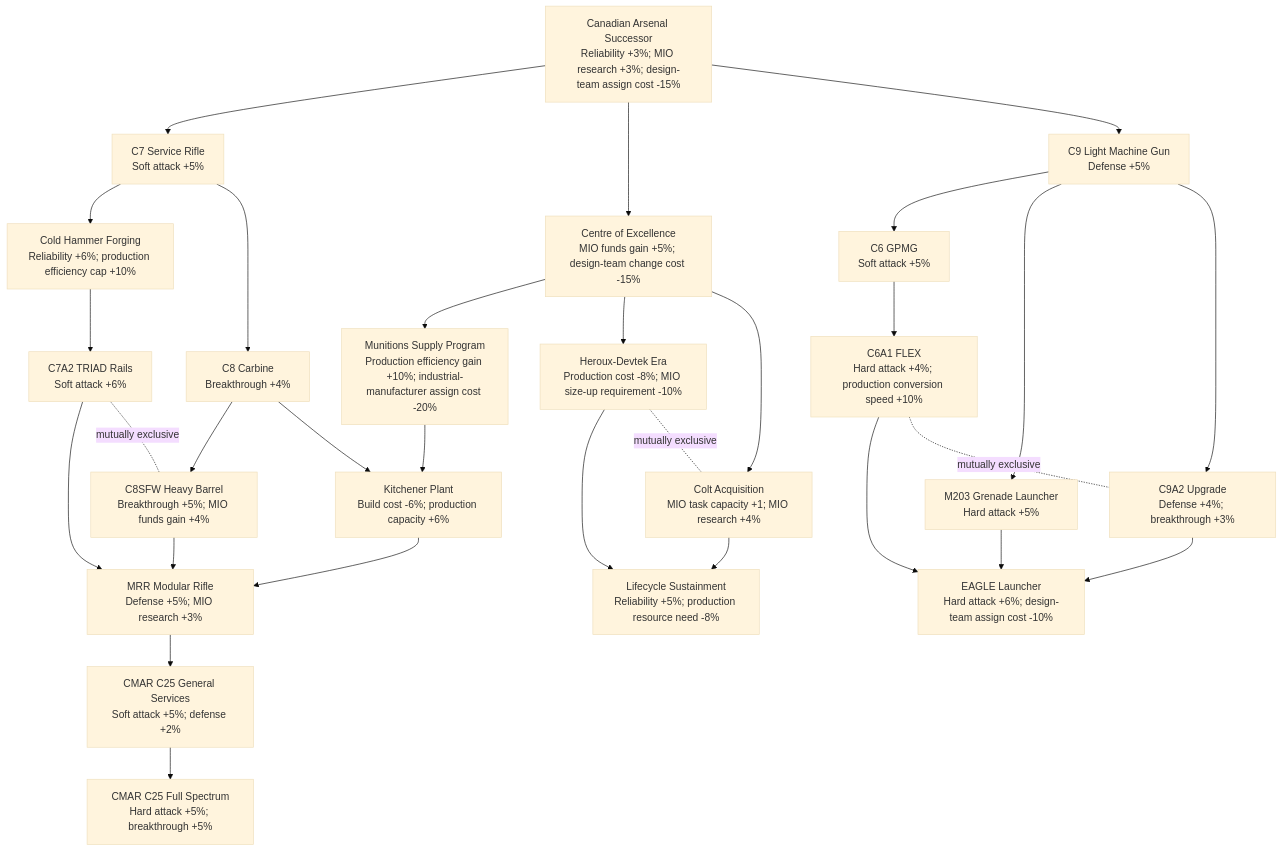
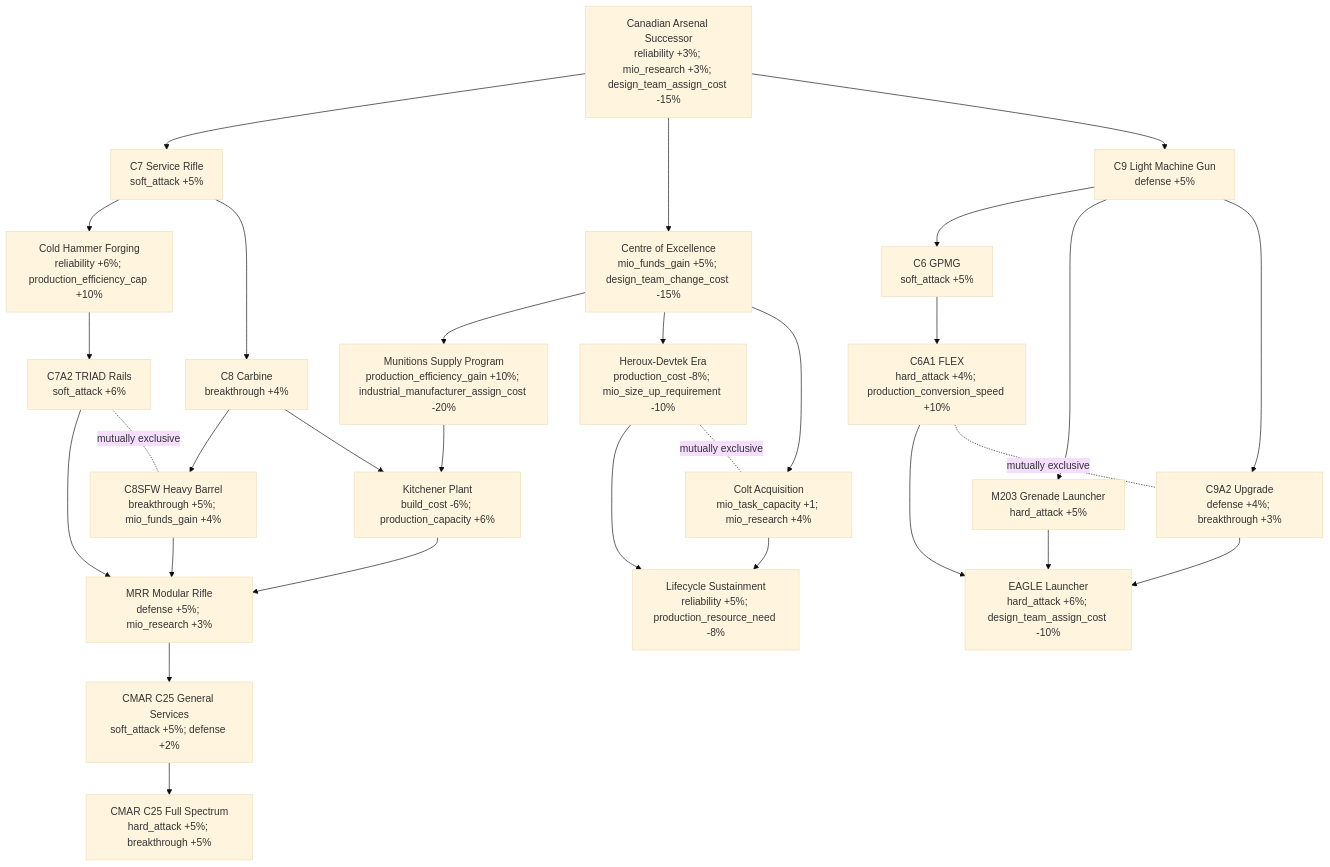
The first of 9 diagrams in docs/countries/canada/mio.md (MillenniumDawn/Millennium-Dawn), drawn with Mermaid (base theme) before and after one commit. The commit also changed other lines of this file, not shown here.

Commit message:
MIO cleanup

````diff
--- a/docs/countries/canada/mio.md
+++ b/docs/countries/canada/mio.md
@@ -15,58 +15,58 @@
 ```mermaid
 flowchart TD
-    T0["Canadian Arsenal Successor<br/>Reliability +3%; MIO research +3%; design-team assign cost -15%"]
-    T1["C7 Service Rifle<br/>Soft attack +5%"]
-    T2["Centre of Excellence<br/>MIO funds gain +5%; design-team change cost -15%"]
-    T3["C9 Light Machine Gun<br/>Defense +5%"]
-    T4["Cold Hammer Forging<br/>Reliability +6%; production efficiency cap +10%"]
-    T5["C8 Carbine<br/>Breakthrough +4%"]
-    T6["Munitions Supply Program<br/>Production efficiency gain +10%; industrial-manufacturer assign cost -20%"]
-    T7["C6 GPMG<br/>Soft attack +5%"]
-    T8["M203 Grenade Launcher<br/>Hard attack +5%"]
-    T9["C7A2 TRIAD Rails<br/>Soft attack +6%"]
-    T10["C8SFW Heavy Barrel<br/>Breakthrough +5%; MIO funds gain +4%"]
-    T11["Kitchener Plant<br/>Build cost -6%; production capacity +6%"]
-    T12["Heroux-Devtek Era<br/>Production cost -8%; MIO size-up requirement -10%"]
-    T13["Colt Acquisition<br/>MIO task capacity +1; MIO research +4%"]
-    T14["C6A1 FLEX<br/>Hard attack +4%; production conversion speed +10%"]
-    T15["C9A2 Upgrade<br/>Defense +4%; breakthrough +3%"]
-    T16["MRR Modular Rifle<br/>Defense +5%; MIO research +3%"]
-    T17["Lifecycle Sustainment<br/>Reliability +5%; production resource need -8%"]
-    T18["EAGLE Launcher<br/>Hard attack +6%; design-team assign cost -10%"]
-    T19["CMAR C25 General Services<br/>Soft attack +5%; defense +2%"]
-    T20["CMAR C25 Full Spectrum<br/>Hard attack +5%; breakthrough +5%"]
+    T0["Canadian Arsenal Successor<br/>reliability +3%; mio_research +3%; design_team_assign_cost -15%"]
+    T1["C7 Service Rifle<br/>soft_attack +5%"]
+    T2["Centre of Excellence<br/>mio_funds_gain +5%; design_team_change_cost -15%"]
+    T3["C9 Light Machine Gun<br/>defense +5%"]
+    T4["Cold Hammer Forging<br/>reliability +6%; production_efficiency_cap +10%"]
+    T5["C8 Carbine<br/>breakthrough +4%"]
+    T6["Munitions Supply Program<br/>production_efficiency_gain +10%; industrial_manufacturer_assign_cost -20%"]
+    T7["C6 GPMG<br/>soft_attack +5%"]
+    T8["M203 Grenade Launcher<br/>hard_attack +5%"]
+    T9["C7A2 TRIAD Rails<br/>soft_attack +6%"]
+    T10["C8SFW Heavy Barrel<br/>breakthrough +5%; mio_funds_gain +4%"]
+    T11["Kitchener Plant<br/>build_cost -6%; production_capacity +6%"]
+    T12["Heroux-Devtek Era<br/>production_cost -8%; mio_size_up_requirement -10%"]
+    T13["Colt Acquisition<br/>mio_task_capacity +1; mio_research +4%"]
+    T14["C6A1 FLEX<br/>hard_attack +4%; production_conversion_speed +10%"]
+    T15["C9A2 Upgrade<br/>defense +4%; breakthrough +3%"]
+    T16["MRR Modular Rifle<br/>defense +5%; mio_research +3%"]
+    T17["Lifecycle Sustainment<br/>reliability +5%; production_resource_need -8%"]
+    T18["EAGLE Launcher<br/>hard_attack +6%; design_team_assign_cost -10%"]
+    T19["CMAR C25 General Services<br/>soft_attack +5%; defense +2%"]
+    T20["CMAR C25 Full Spectrum<br/>hard_attack +5%; breakthrough +5%"]
 
     T0 --> T1
     T0 --> T2
     T0 --> T3
 
     T1 --> T4
     T1 --> T5
     T2 --> T6
     T2 --> T12
     T2 --> T13
     T3 --> T7
     T3 --> T8
     T3 --> T15
 
     T4 --> T9
     T5 --> T10
     T5 --> T11
     T6 --> T11
     T7 --> T14
     T8 --> T18
 
     T9 --> T16
     T10 --> T16
     T11 --> T16
     T12 --> T17
     T13 --> T17
     T14 --> T18
     T15 --> T18
     T16 --> T19
     T19 --> T20
 
     T9 -.-|mutually exclusive| T10
     T12 -.-|mutually exclusive| T13
     T14 -.-|mutually exclusive| T15
 ```
````
